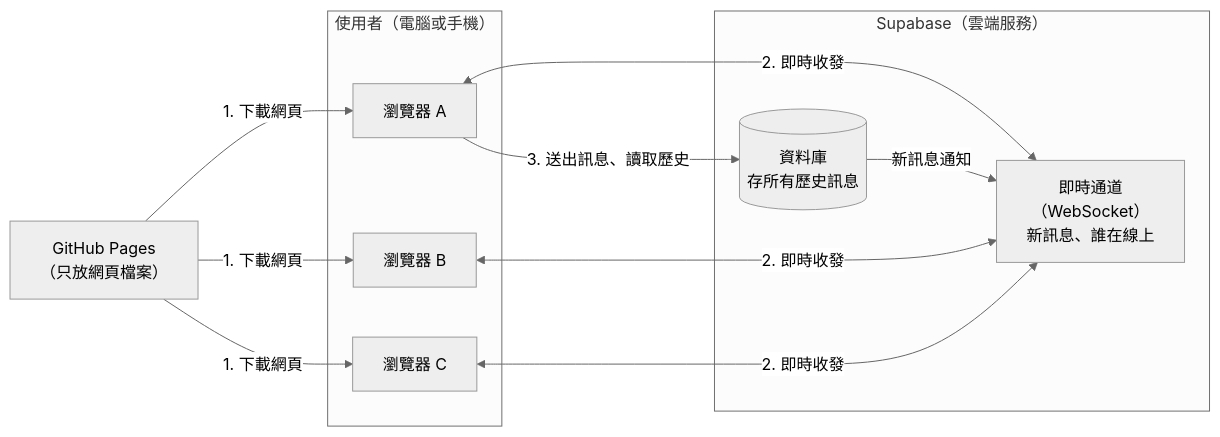
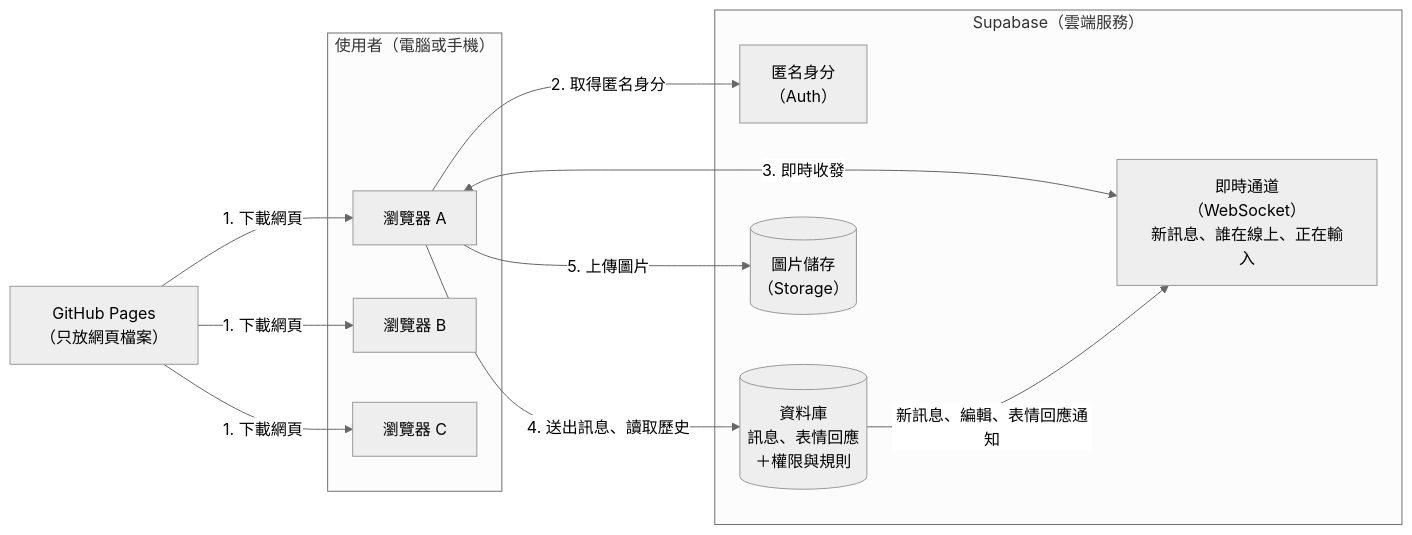
One commit to 411332052-spec/ch3 changed the diagram in docs/architecture.md. Above: the diagram before and after it, drawn with Mermaid (neutral theme). The commit also changed other lines of this file and 30 other files, not shown here.

````diff
--- a/docs/architecture.md
+++ b/docs/architecture.md
@@ -48,26 +60,27 @@
 ```mermaid
 flowchart LR
     subgraph users["使用者（電腦或手機）"]
         B1["瀏覽器 A"]
         B2["瀏覽器 B"]
         B3["瀏覽器 C"]
     end
 
     GH["GitHub Pages<br/>（只放網頁檔案）"]
 
     subgraph sb["Supabase（雲端服務）"]
-        DB[("資料庫<br/>存所有歷史訊息")]
-        RT["即時通道<br/>（WebSocket）<br/>新訊息、誰在線上"]
+        AU["匿名身分<br/>（Auth）"]
+        DB[("資料庫<br/>訊息、表情回應<br/>＋權限與規則")]
+        ST[("圖片儲存<br/>（Storage）")]
+        RT["即時通道<br/>（WebSocket）<br/>新訊息、誰在線上、正在輸入"]
     end
 
     GH -- "1. 下載網頁" --> B1
     GH -- "1. 下載網頁" --> B2
     GH -- "1. 下載網頁" --> B3
 
-    B1 <-- "2. 即時收發" --> RT
-    B2 <-- "2. 即時收發" --> RT
-    B3 <-- "2. 即時收發" --> RT
-
-    B1 -- "3. 送出訊息、讀取歷史" --> DB
-    DB -- "新訊息通知" --> RT
+    B1 -- "2. 取得匿名身分" --> AU
+    B1 <-- "3. 即時收發" --> RT
+    B1 -- "4. 送出訊息、讀取歷史" --> DB
+    B1 -- "5. 上傳圖片" --> ST
+    DB -- "新訊息、編輯、表情回應通知" --> RT
 ```
````
